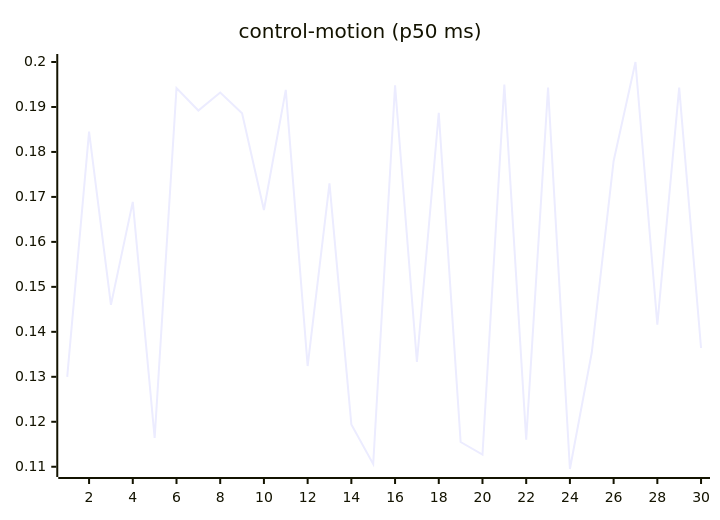
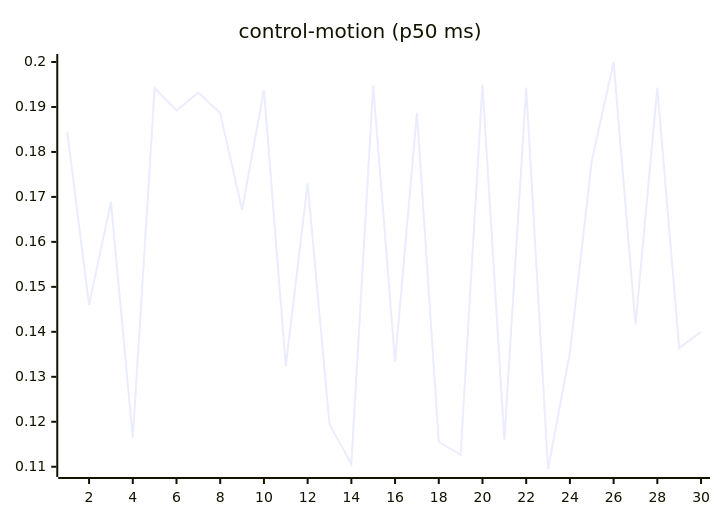
The seventh of 27 diagrams in README.md (josha/Facet), drawn with Mermaid before and after one commit. The commit also changed other lines of this file and 2 other files, not shown here.

````diff
--- a/README.md
+++ b/README.md
@@ -105,6 +105,6 @@
 ```mermaid
 xychart-beta
     title "control-motion (p50 ms)"
     x-axis 1 --> 30
-    line [0.1300, 0.1845, 0.1460, 0.1689, 0.1164, 0.1942, 0.1892, 0.1932, 0.1886, 0.1671, 0.1938, 0.1324, 0.1730, 0.1194, 0.1106, 0.1948, 0.1333, 0.1887, 0.1155, 0.1127, 0.1950, 0.1160, 0.1943, 0.1095, 0.1354, 0.1780, 0.2000, 0.1416, 0.1943, 0.1364]
+    line [0.1845, 0.1460, 0.1689, 0.1164, 0.1942, 0.1892, 0.1932, 0.1886, 0.1671, 0.1938, 0.1324, 0.1730, 0.1194, 0.1106, 0.1948, 0.1333, 0.1887, 0.1155, 0.1127, 0.1950, 0.1160, 0.1943, 0.1095, 0.1354, 0.1780, 0.2000, 0.1416, 0.1943, 0.1364, 0.1400]
 ```
````
